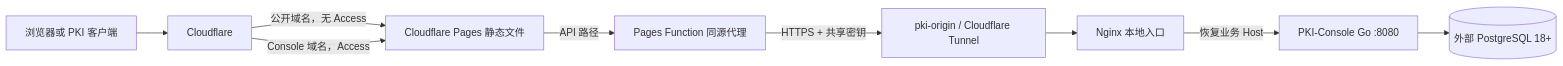
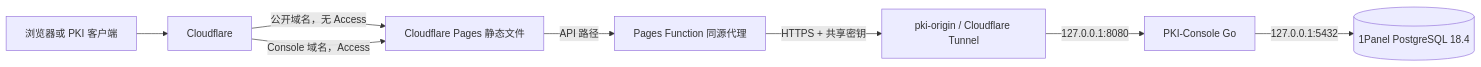
One commit to phil616/altasci-public-pki changed the diagram in doc/pki-console/production-deployment.md. Above: the diagram before and after it, drawn with Mermaid. The commit also changed other lines of this file and 32 other files, not shown here.

````diff
--- a/doc/pki-console/production-deployment.md
+++ b/doc/pki-console/production-deployment.md
@@ -17,11 +20,10 @@
 ```mermaid
 flowchart LR
     U[浏览器或 PKI 客户端] --> CF[Cloudflare]
     CF -->|公开域名，无 Access| P[Cloudflare Pages 静态文件]
     CF -->|Console 域名，Access| P
     P -->|API 路径| F[Pages Function 同源代理]
     F -->|HTTPS + 共享密钥| T[pki-origin / Cloudflare Tunnel]
-    T --> N[Nginx 本地入口]
-    N -->|恢复业务 Host| G[PKI-Console Go :8080]
-    G --> D[(外部 PostgreSQL 18+)]
+    T -->|127.0.0.1:8080| G[PKI-Console Go]
+    G -->|127.0.0.1:5432| D[(1Panel PostgreSQL 18.4)]
 ```
````
